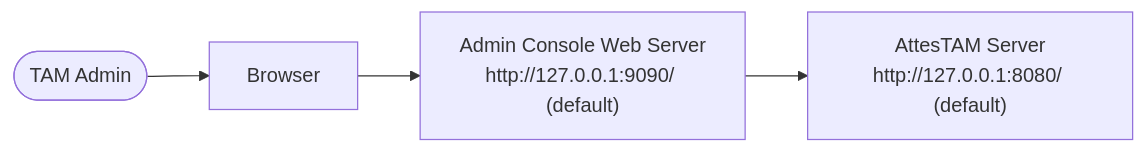
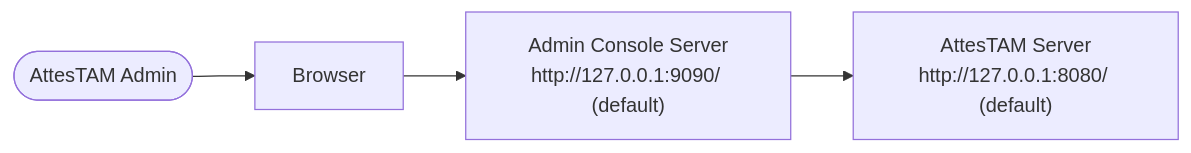
The first of 2 diagrams in doc/ADMIN_CONSOLE_EXTERNAL_DESIGN.md (kentakayama/AttesTAM), drawn with Mermaid before and after one commit. The commit also changed other lines of this file and 2 other files, not shown here.

Commit message:
Update documentation to replace "TAM" with "AttesTAM" for consistency across admin console files

````diff
--- a/doc/ADMIN_CONSOLE_EXTERNAL_DESIGN.md
+++ b/doc/ADMIN_CONSOLE_EXTERNAL_DESIGN.md
@@ -42,10 +42,10 @@
 ```mermaid
 flowchart LR
-  A([TAM Admin])
+  A([AttesTAM Admin])
   BC[Browser]
-  AC["Admin Console Web Server<br>http://127.0.0.1:9090/ (default)"]
+  AC["Admin Console Server<br>http://127.0.0.1:9090/ (default)"]
   TAM["AttesTAM Server<br>http://127.0.0.1:8080/ (default)"]
   A --> BC
   BC --> AC
   AC --> TAM
 ```
````
